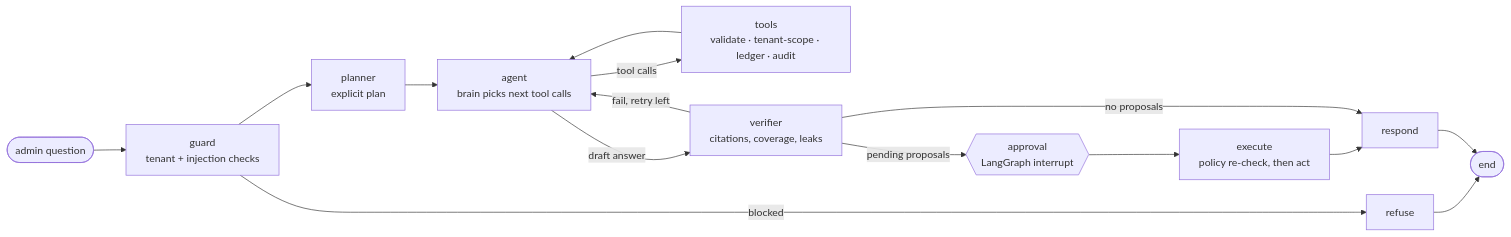
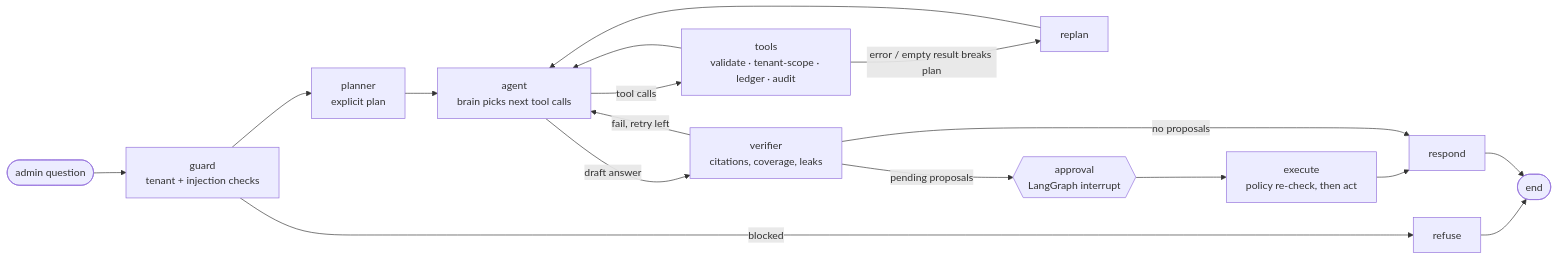
One commit to wachukxs/ray-ray changed the diagram in README.md. Above: the diagram before and after it, drawn with Mermaid. The commit also changed other lines of this file and 4 other files, not shown here.

````diff
--- a/README.md
+++ b/README.md
@@ -128,14 +162,15 @@
 ```mermaid
 flowchart LR
     Q([admin question]) --> G[guard<br/>tenant + injection checks]
     G -- blocked --> R1[refuse] --> E([end])
     G --> P[planner<br/>explicit plan]
     P --> A[agent<br/>brain picks next tool calls]
     A -- tool calls --> T[tools<br/>validate · tenant-scope · ledger · audit]
     T --> A
+    T -- error / empty result breaks plan --> RP[replan] --> A
     A -- draft answer --> V[verifier<br/>citations, coverage, leaks]
     V -- fail, retry left --> A
     V -- pending proposals --> H{{approval<br/>LangGraph interrupt}}
     H --> X[execute<br/>policy re-check, then act] --> S[respond] --> E
     V -- no proposals --> S
 ```
````
